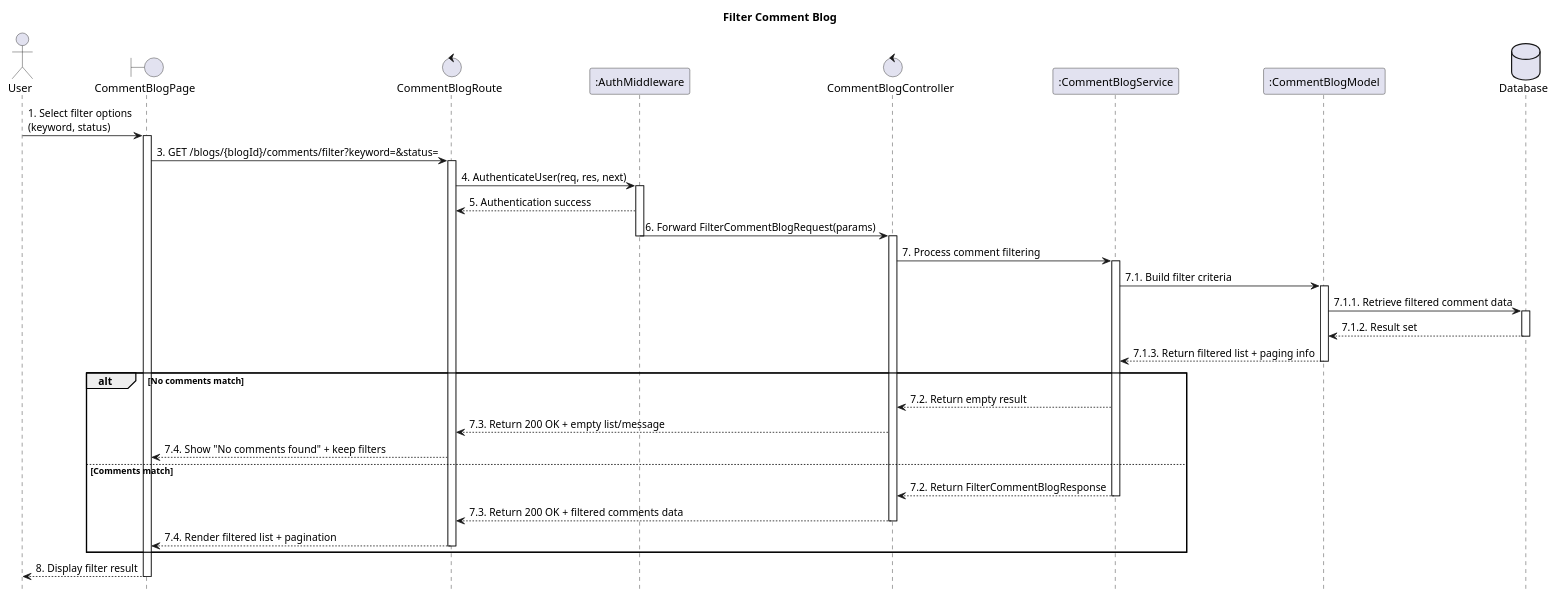
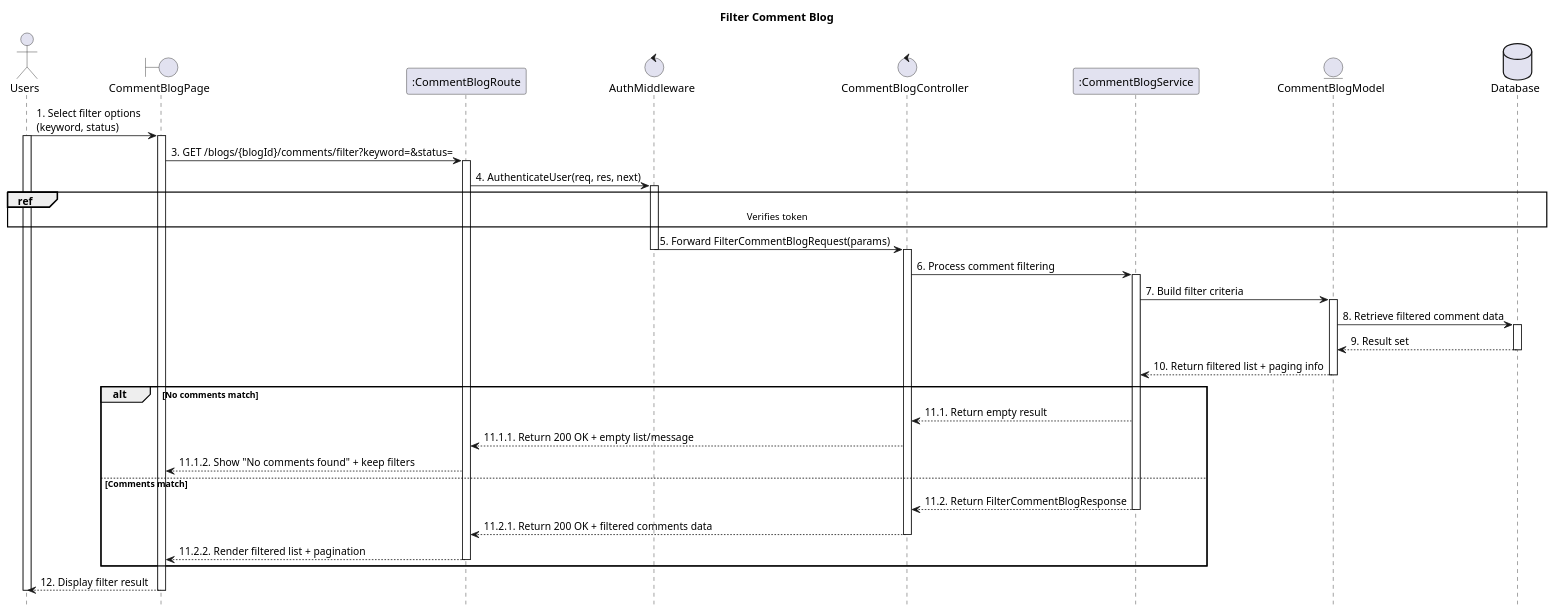
The diagram in planuml/web/16.6_filterCommentBlog.puml (VietDurian/VietDurian), drawn with PlantUML before and after one commit. The commit also changed 29 other files, not shown here.

Commit message:
Adjust sequence for Web

```diff
--- a/planuml/web/16.6_filterCommentBlog.puml
+++ b/planuml/web/16.6_filterCommentBlog.puml
@@ -1,56 +1,58 @@
 @startuml 16.6_filterCommentBlog
 hide footbox
 title Filter Comment Blog
 
-actor User
+actor User as "Users"
 boundary CommentBlogPage as View
-control CommentBlogRoute as Route
-participant ":AuthMiddleware" as Middleware
+participant ":CommentBlogRoute" as Route
+control "AuthMiddleware" as Middleware
 control "CommentBlogController" as Controller
 participant ":CommentBlogService" as Service
-participant ":CommentBlogModel" as Model
+entity "CommentBlogModel" as Model
 database Database as Database
 
 User -> View : 1. Select filter options\n(keyword, status)
 activate View
+activate User
 
     View -> Route : 3. GET /blogs/{blogId}/comments/filter?keyword=&status=
     activate Route
 
     Route -> Middleware : 4. AuthenticateUser(req, res, next)
     activate Middleware
-    Middleware --> Route : 5. Authentication success
-    Middleware -> Controller : 6. Forward FilterCommentBlogRequest(params)
+    ref over User, Database : Verifies token
+    Middleware -> Controller : 5. Forward FilterCommentBlogRequest(params)
     deactivate Middleware
     activate Controller
 
-    Controller -> Service : 7. Process comment filtering
+    Controller -> Service : 6. Process comment filtering
     activate Service
 
-    Service -> Model : 7.1. Build filter criteria
+    Service -> Model : 7. Build filter criteria
     activate Model
 
-    Model -> Database : 7.1.1. Retrieve filtered comment data
+    Model -> Database : 8. Retrieve filtered comment data
     activate Database
-    Database --> Model : 7.1.2. Result set
+    Database --> Model : 9. Result set
     deactivate Database
 
-    Model --> Service : 7.1.3. Return filtered list + paging info
+    Model --> Service : 10. Return filtered list + paging info
     deactivate Model
 
 alt No comments match
-    Service --> Controller : 7.2. Return empty result
-    Controller --> Route : 7.3. Return 200 OK + empty list/message
-    Route --> View : 7.4. Show "No comments found" + keep filters
+    Service --> Controller : 11.1. Return empty result
+    Controller --> Route : 11.1.1. Return 200 OK + empty list/message
+    Route --> View : 11.1.2. Show "No comments found" + keep filters
 else Comments match
-    Service --> Controller : 7.2. Return FilterCommentBlogResponse
+    Service --> Controller : 11.2. Return FilterCommentBlogResponse
     deactivate Service
-    Controller --> Route : 7.3. Return 200 OK + filtered comments data
+    Controller --> Route : 11.2.1. Return 200 OK + filtered comments data
     deactivate Controller
-    Route --> View : 7.4. Render filtered list + pagination
+    Route --> View : 11.2.2. Render filtered list + pagination
     deactivate Route
 end
 
-View --> User : 8. Display filter result
+View --> User : 12. Display filter result
 deactivate View
+deactivate User
 @enduml
```
